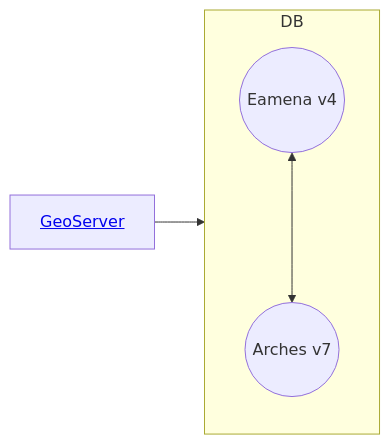
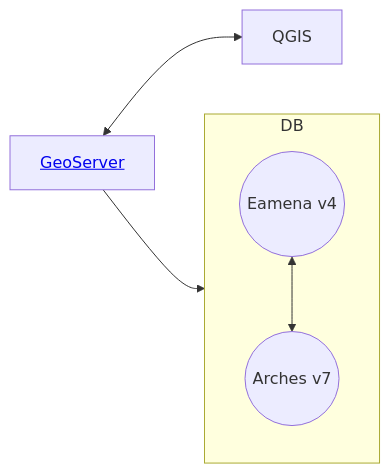
One commit to eamena-project/eamena-arches-dev changed the first of 2 diagrams in training/README.md. Above: the diagram before and after it, drawn with Mermaid. The commit also changed 1 other file, not shown here.

````diff
--- a/training/README.md
+++ b/training/README.md
@@ -10,7 +10,8 @@
 ```mermaid
 flowchart LR
   subgraph DB
-  id1((Eamena v4))<--->id2((Arches v7));
+  id1((Eamena v4))<-->id2((Arches v7));
   end
   id3[<a href='https://github.com/eamena-project/eamena-arches-dev/tree/main/geoserver'>GeoServer</a>]-->DB;
+  id3 <--> id4[QGIS]
 ```
````
